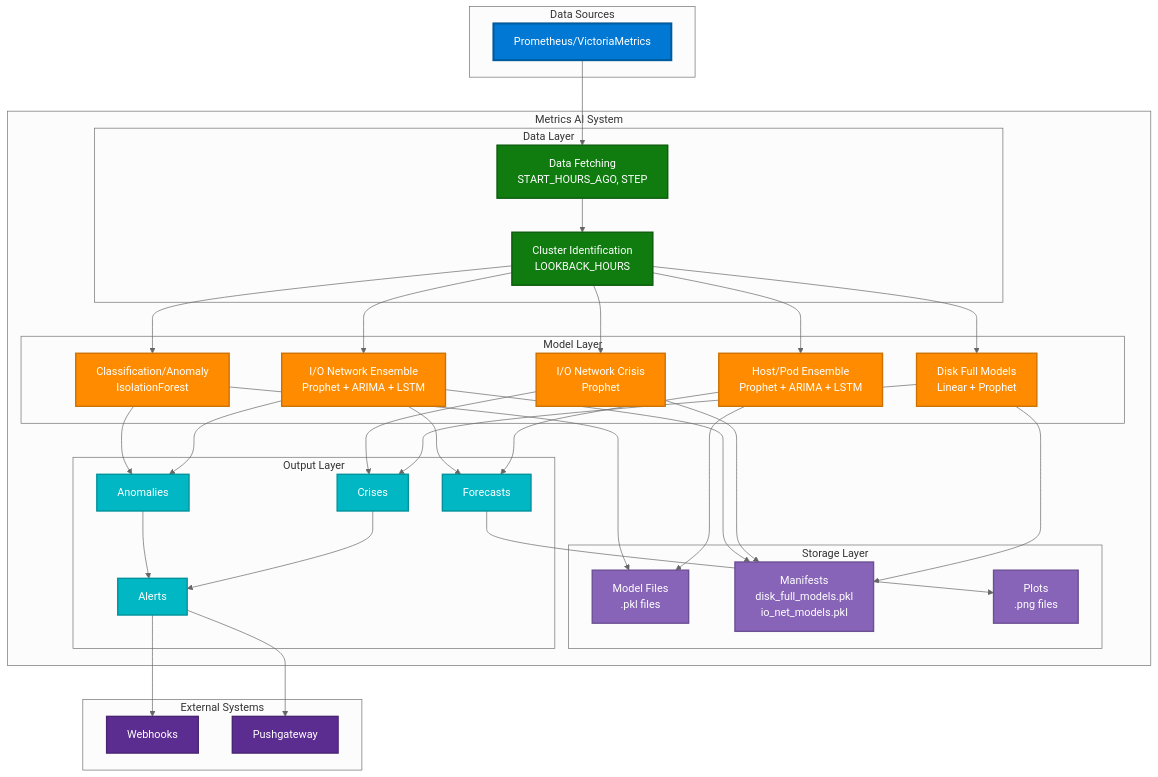
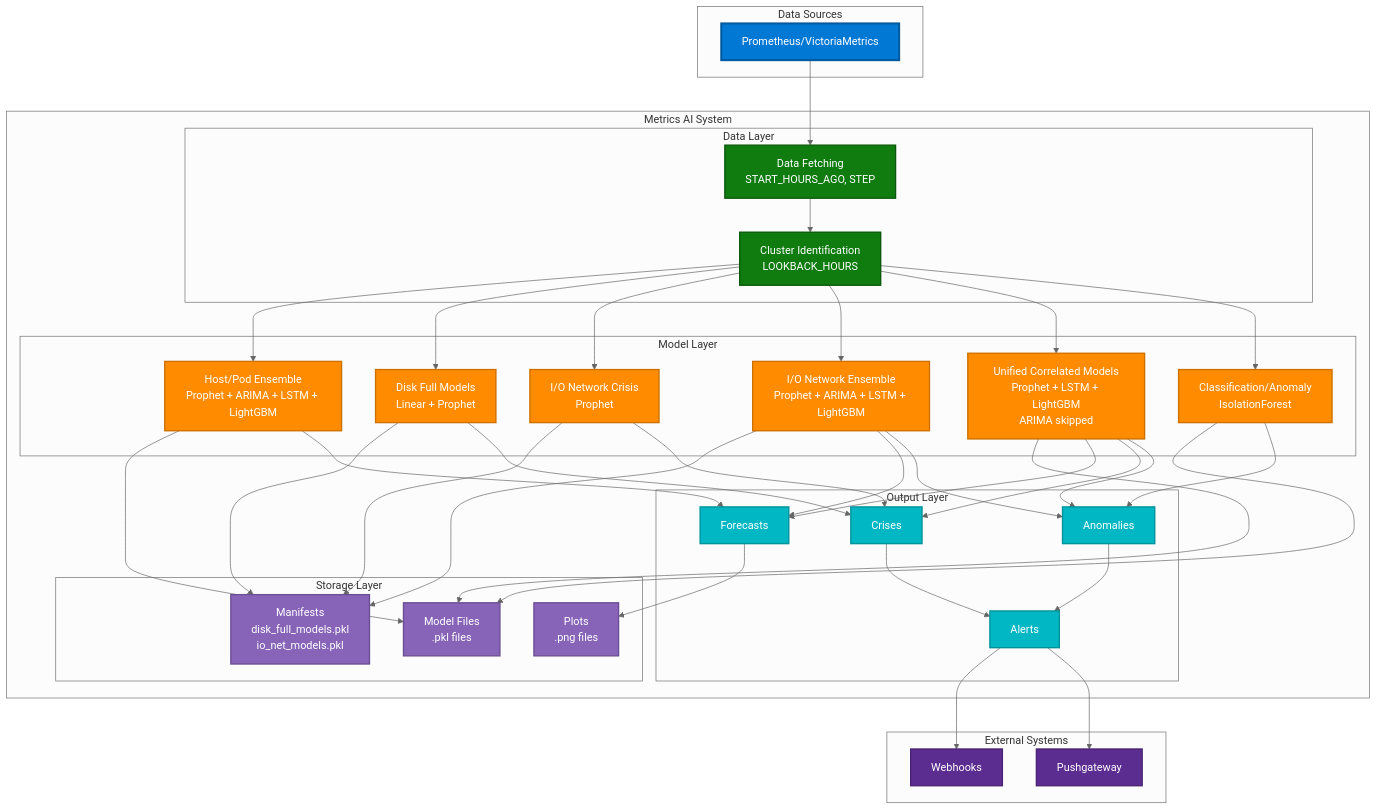
One commit to k8sautom8/metrics-ml changed the first of 11 diagrams in Docs/VISUAL_ARCHITECTURE_GUIDE.md. Above: the diagram before and after it, drawn with Mermaid (neutral theme). The commit also changed other lines of this file and 6 other files, not shown here.

```diff
--- a/Docs/VISUAL_ARCHITECTURE_GUIDE.md
+++ b/Docs/VISUAL_ARCHITECTURE_GUIDE.md
@@ -49,10 +50,11 @@
         end
         
         subgraph "Model Layer"
-            HPE[Host/Pod Ensemble<br/>Prophet + ARIMA + LSTM]
+            HPE[Host/Pod Ensemble<br/>Prophet + ARIMA + LSTM + LightGBM]
             DFM[Disk Full Models<br/>Linear + Prophet]
             IOC[I/O Network Crisis<br/>Prophet]
-            IOE[I/O Network Ensemble<br/>Prophet + ARIMA + LSTM]
+            IOE[I/O Network Ensemble<br/>Prophet + ARIMA + LSTM + LightGBM]
+            UCM[Unified Correlated Models<br/>Prophet + LSTM + LightGBM<br/>ARIMA skipped]
             CLS[Classification/Anomaly<br/>IsolationForest]
         end
         
@@ -81,12 +83,14 @@
     CI --> DFM
     CI --> IOC
     CI --> IOE
+    CI --> UCM
     CI --> CLS
     
     HPE --> MF
     DFM --> MN
     IOC --> MN
     IOE --> MN
+    UCM --> MF
     CLS --> MF
     
     HPE --> FC
@@ -94,6 +98,9 @@
     IOC --> CR
     IOE --> FC
     IOE --> AN
+    UCM --> FC
+    UCM --> CR
+    UCM --> AN
     CLS --> AN
     
     FC --> PL
@@ -111,7 +118,7 @@
     
     class P dataSource
     class DF,CI dataLayer
-    class HPE,DFM,IOC,IOE,CLS modelLayer
+    class HPE,DFM,IOC,IOE,UCM,CLS modelLayer
     class MF,MN,PL storageLayer
     class FC,AN,CR,AL outputLayer
     class WH,PG externalSystem
```
